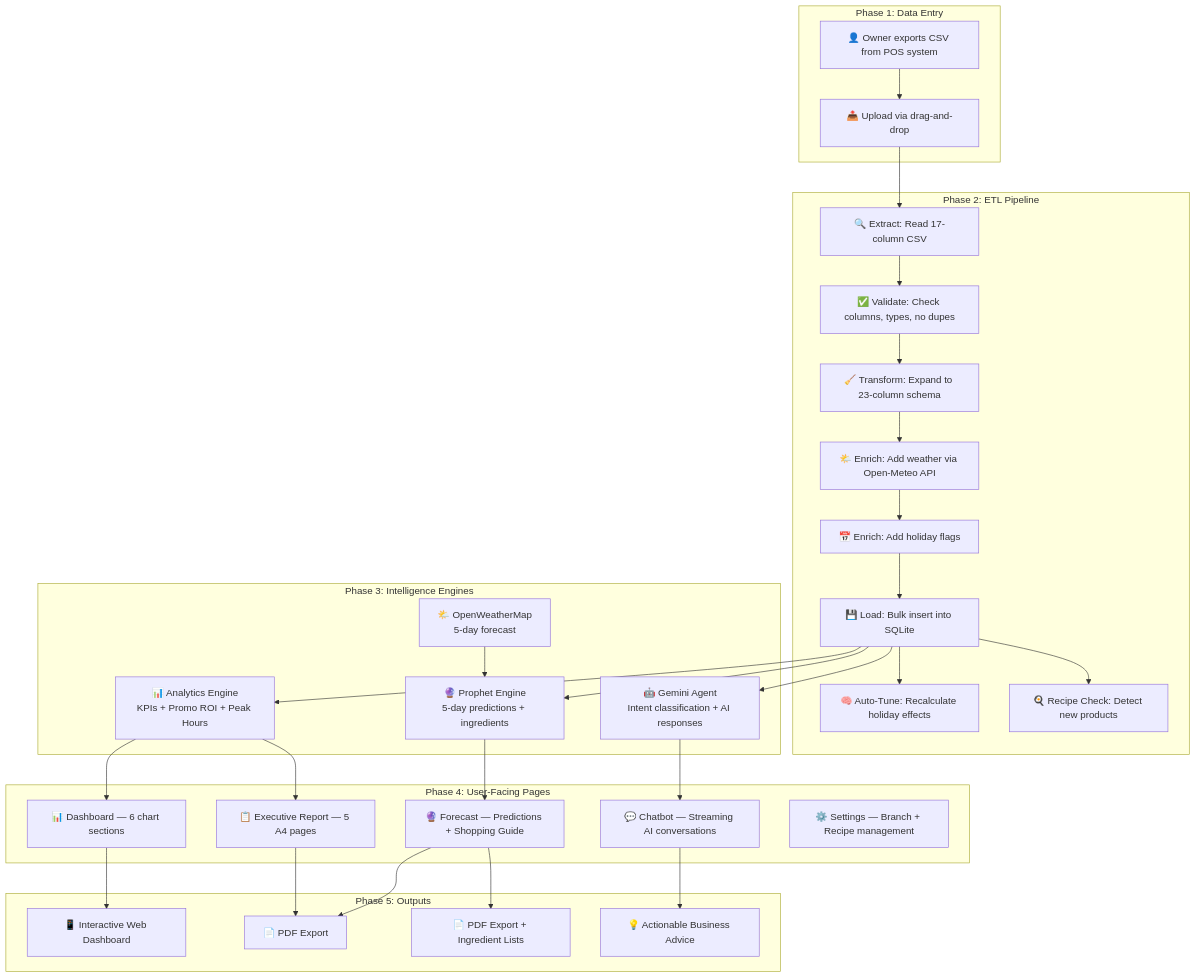
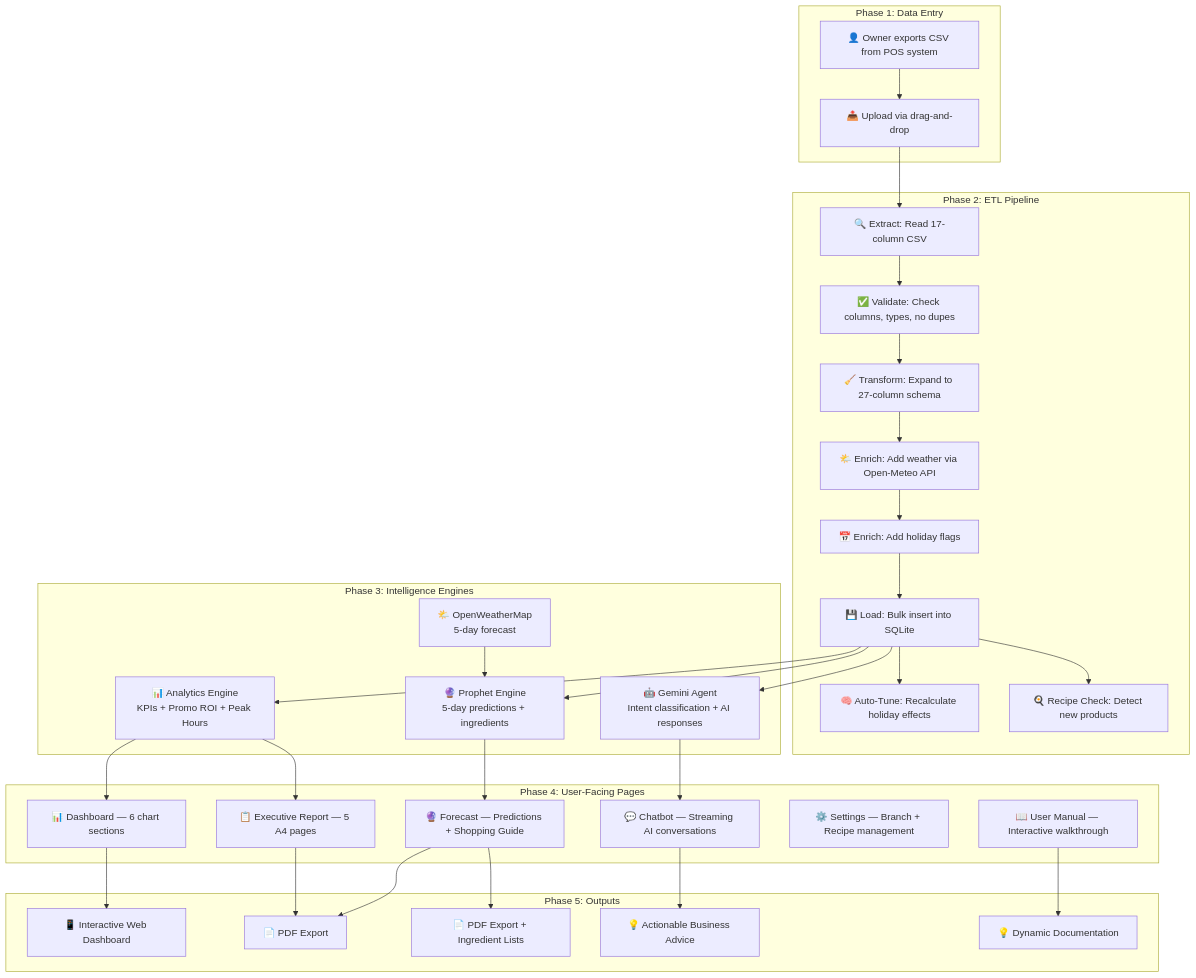
One commit to Kama1804/-coffee_forecasting_system changed the sixth of 6 diagrams in coffee_forecasting_system_manual.md. Above: the diagram before and after it, drawn with Mermaid. The commit also changed other lines of this file, not shown here.

Commit message:
Update user manual to document Page 8 (User Manual Landing), correct database schema column counts, and update exact file line counts

````diff
--- a/coffee_forecasting_system_manual.md
+++ b/coffee_forecasting_system_manual.md
@@ -896,40 +934,42 @@
 ```mermaid
 graph TD
     subgraph "Phase 1: Data Entry"
         A["👤 Owner exports CSV from POS system"] --> B["📤 Upload via drag-and-drop"]
     end
 
     subgraph "Phase 2: ETL Pipeline"
         B --> C["🔍 Extract: Read 17-column CSV"]
         C --> D["✅ Validate: Check columns, types, no dupes"]
-        D --> E["🧹 Transform: Expand to 23-column schema"]
+        D --> E["🧹 Transform: Expand to 27-column schema"]
         E --> F["🌤️ Enrich: Add weather via Open-Meteo API"]
         F --> G["📅 Enrich: Add holiday flags"]
         G --> H["💾 Load: Bulk insert into SQLite"]
         H --> I["🧠 Auto-Tune: Recalculate holiday effects"]
         H --> J["🍳 Recipe Check: Detect new products"]
     end
 
     subgraph "Phase 3: Intelligence Engines"
         H --> K["📊 Analytics Engine<br>KPIs + Promo ROI + Peak Hours"]
         H --> L["🔮 Prophet Engine<br>5-day predictions + ingredients"]
         H --> M["🤖 Gemini Agent<br>Intent classification + AI responses"]
         N["🌤️ OpenWeatherMap<br>5-day forecast"] --> L
     end
 
     subgraph "Phase 4: User-Facing Pages"
         K --> O["📊 Dashboard — 6 chart sections"]
         K --> P["📋 Executive Report — 5 A4 pages"]
         L --> Q["🔮 Forecast — Predictions + Shopping Guide"]
         M --> R["💬 Chatbot — Streaming AI conversations"]
         S["⚙️ Settings — Branch + Recipe management"]
+        X["📖 User Manual — Interactive walkthrough"]
     end
 
     subgraph "Phase 5: Outputs"
         O --> T["📱 Interactive Web Dashboard"]
         P --> U["📄 PDF Export"]
         Q --> V["📄 PDF Export + Ingredient Lists"]
         R --> W["💡 Actionable Business Advice"]
+        X --> Y["💡 Dynamic Documentation"]
         Q --> U
     end
 ```
````
